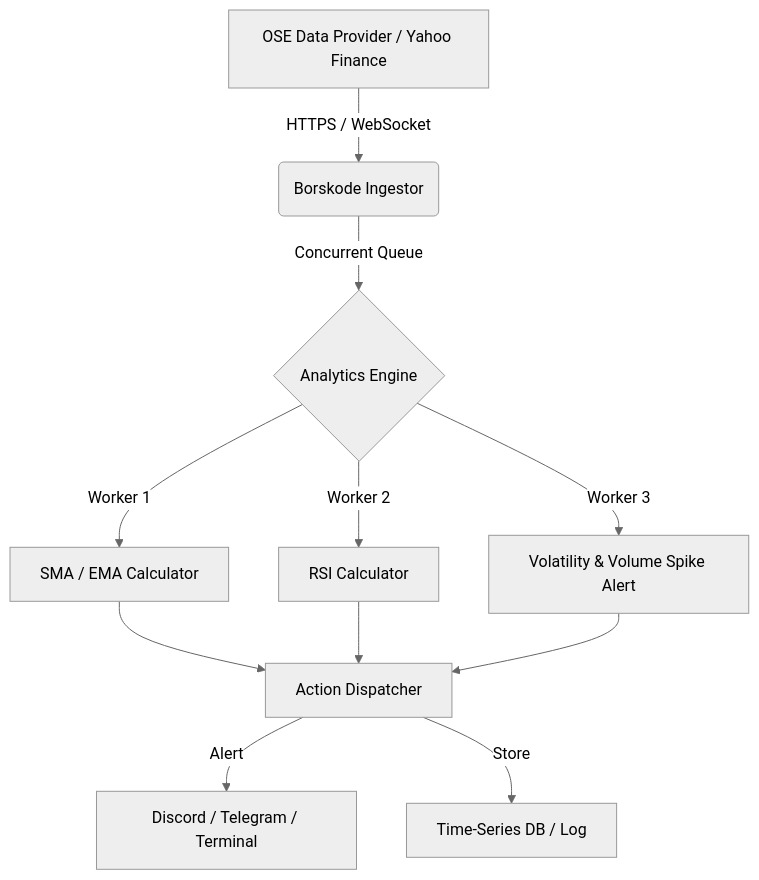
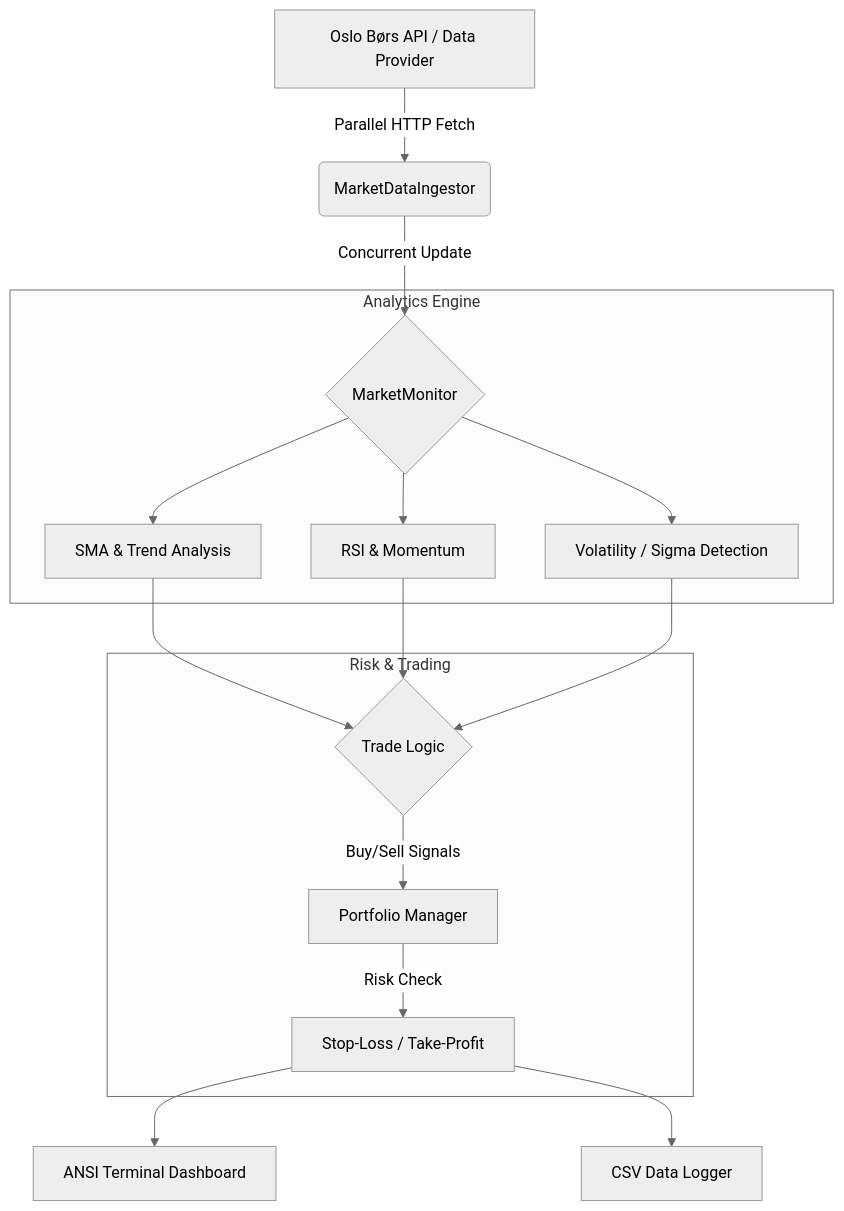
The diagram in README.md (Kefmat/borskode), drawn with Mermaid (neutral theme) before and after one commit. The commit also changed other lines of this file and 1 other file, not shown here.

````diff
--- a/README.md
+++ b/README.md
@@ -21,11 +30,20 @@
 ```mermaid
 flowchart TD
-  A[OSE Data Provider / Yahoo Finance] -->|HTTPS / WebSocket| B(Borskode Ingestor)
-  B -->|Concurrent Queue| C{Analytics Engine}
-  C -->|Worker 1| D[SMA / EMA Calculator]
-  C -->|Worker 2| E[RSI Calculator]
-  C -->|Worker 3| F[Volatility & Volume Spike Alert]
-  D & E & F --> G[Action Dispatcher]
-  G -->|Alert| H[Discord / Telegram / Terminal]
-  G -->|Store| I[Time-Series DB / Log]
+    A[Oslo Børs API / Data Provider] -->|Parallel HTTP Fetch| B(MarketDataIngestor)
+    B -->|Concurrent Update| C{MarketMonitor}
+
+    subgraph Analysis_Core [Analytics Engine]
+        C --> D[SMA & Trend Analysis]
+        C --> E[RSI & Momentum]
+        C --> F[Volatility / Sigma Detection]
+    end
+
+    subgraph Risk_Management [Risk & Trading]
+        D & E & F --> G{Trade Logic}
+        G -->|Buy/Sell Signals| H[Portfolio Manager]
+        H -->|Risk Check| I[Stop-Loss / Take-Profit]
+    end
+
+    I --> J[ANSI Terminal Dashboard]
+    I --> K[CSV Data Logger]
 ```
````
